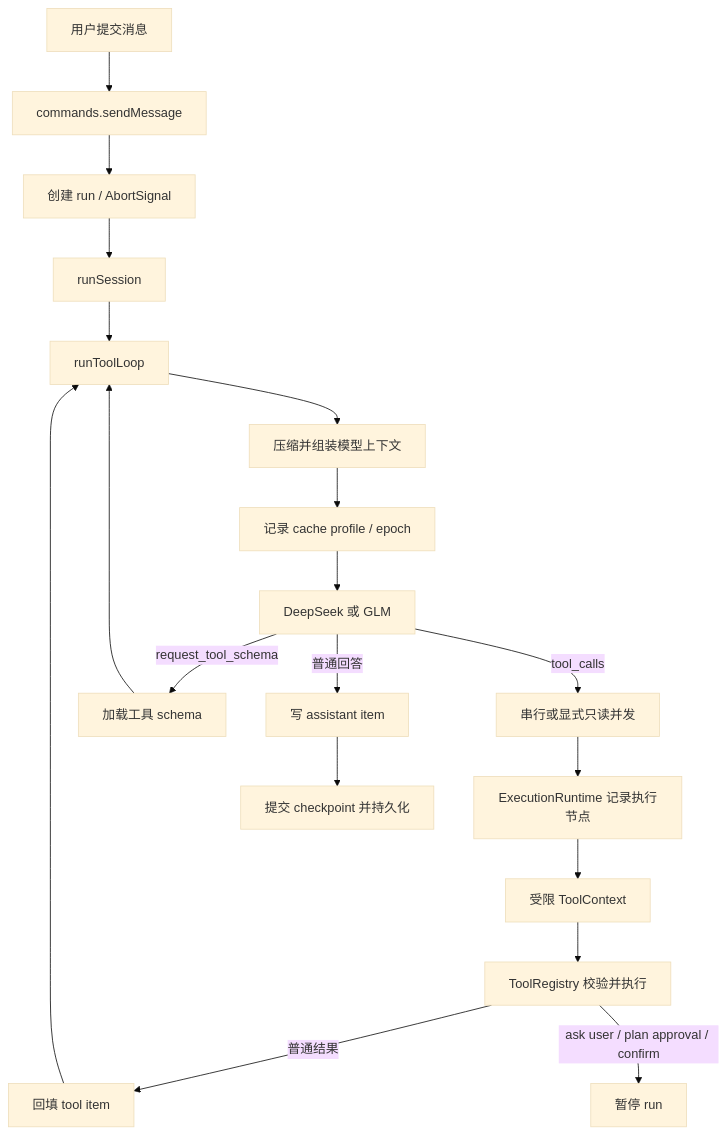
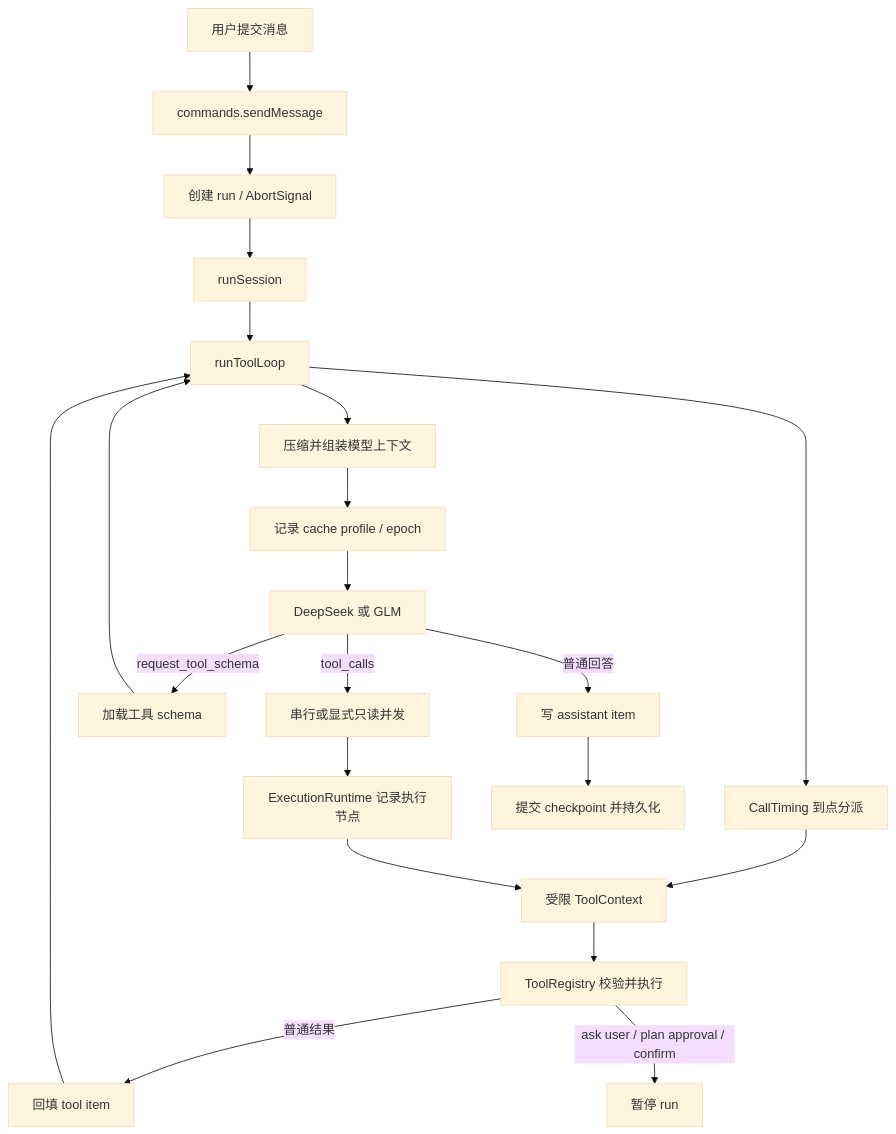
Before and after one commit to allroad88888888/einfach-agent: the second of 2 diagrams in docs/core-runtime-flow.md, drawn with Mermaid (base theme). The commit also changed other lines of this file and 4 other files, not shown here.

````diff
--- a/docs/core-runtime-flow.md
+++ b/docs/core-runtime-flow.md
@@ -26,21 +31,23 @@
 ```mermaid
 flowchart TD
   U[用户提交消息] --> CMD[commands.sendMessage]
   CMD --> BEGIN[创建 run / AbortSignal]
   BEGIN --> RUN[runSession]
   RUN --> LOOP[runToolLoop]
+  LOOP --> TIMED[CallTiming 到点分派]
+  TIMED --> TCTX
   LOOP --> CTX[压缩并组装模型上下文]
   CTX --> CACHE[记录 cache profile / epoch]
   CACHE --> MODEL[DeepSeek 或 GLM]
   MODEL -->|普通回答| DONE[写 assistant item]
   MODEL -->|request_tool_schema| LOAD[加载工具 schema]
   LOAD --> LOOP
   MODEL -->|tool_calls| SCHEDULE[串行或显式只读并发]
   SCHEDULE --> EXEC[ExecutionRuntime 记录执行节点]
   EXEC --> TCTX[受限 ToolContext]
   TCTX --> REG[ToolRegistry 校验并执行]
   REG -->|普通结果| BACKFILL[回填 tool item]
   BACKFILL --> LOOP
   REG -->|ask user / plan approval / confirm| WAIT[暂停 run]
   DONE --> CHECKPOINT[提交 checkpoint 并持久化]
 ```
````
